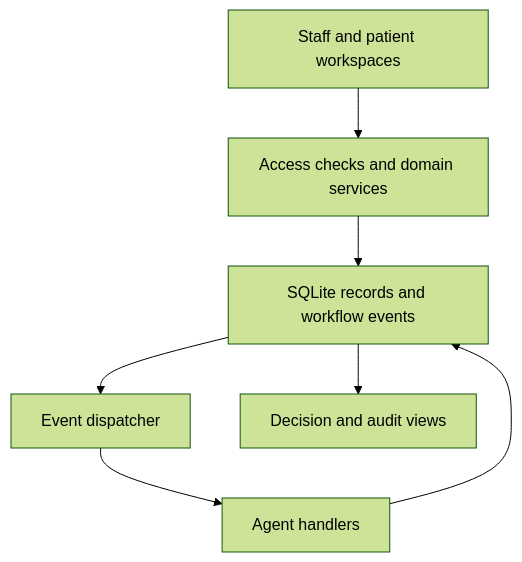
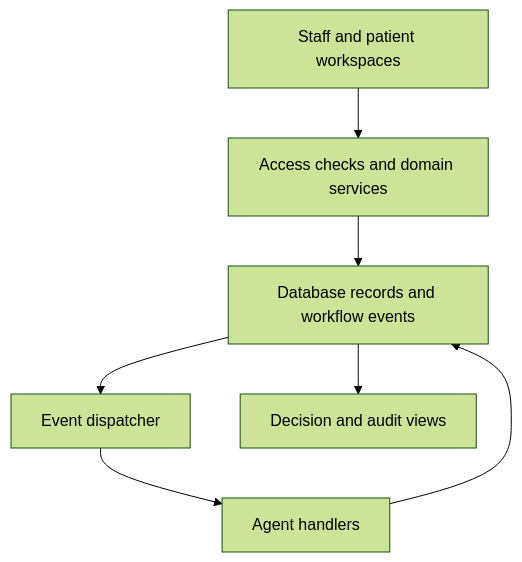
The diagram in README.md (Olatomii/MEDAGENT), drawn with Mermaid (forest theme) before and after one commit. The commit also changed other lines of this file and 19 other files, not shown here.

````diff
--- a/README.md
+++ b/README.md
@@ -54,9 +55,9 @@
 ```mermaid
 flowchart TD
     A[Staff and patient workspaces] --> B[Access checks and domain services]
-    B --> C[SQLite records and workflow events]
+    B --> C[Database records and workflow events]
     C --> D[Event dispatcher]
     D --> E[Agent handlers]
     E --> C
     C --> F[Decision and audit views]
 ```
````
